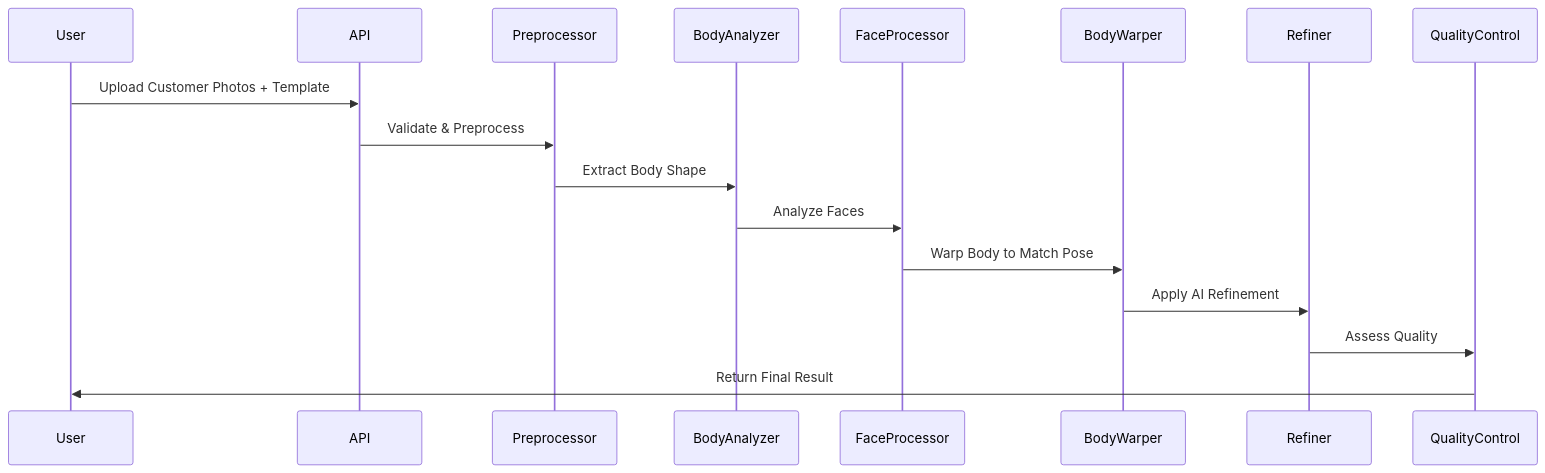
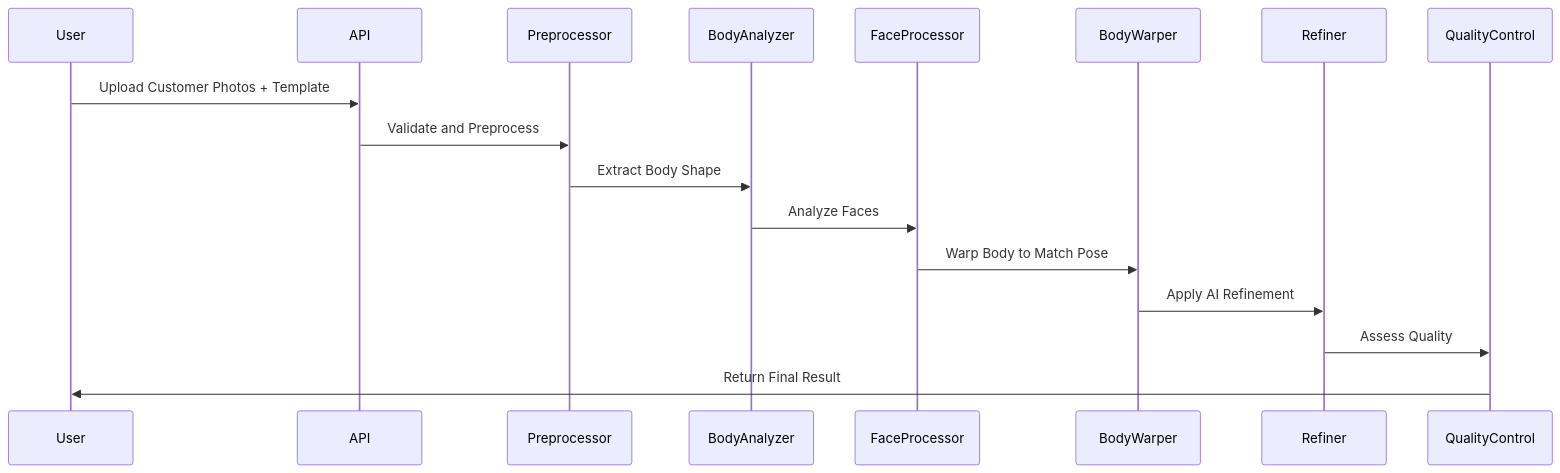
One commit to Asadrammy/body-swap changed the second of 2 diagrams in README.md. Above: the diagram before and after it, drawn with Mermaid. The commit also changed other lines of this file, not shown here.

Commit message:
Fix Mermaid diagram rendering issues - use flowchart syntax and add text-based alternatives

````diff
--- a/README.md
+++ b/README.md
@@ -179,20 +254,20 @@
 ```mermaid
 sequenceDiagram
     participant User
     participant API
     participant Preprocessor
     participant BodyAnalyzer
     participant FaceProcessor
     participant BodyWarper
     participant Refiner
     participant QualityControl
     
     User->>API: Upload Customer Photos + Template
-    API->>Preprocessor: Validate & Preprocess
+    API->>Preprocessor: Validate and Preprocess
     Preprocessor->>BodyAnalyzer: Extract Body Shape
     BodyAnalyzer->>FaceProcessor: Analyze Faces
     FaceProcessor->>BodyWarper: Warp Body to Match Pose
     BodyWarper->>Refiner: Apply AI Refinement
     Refiner->>QualityControl: Assess Quality
     QualityControl->>User: Return Final Result
 ```
````
